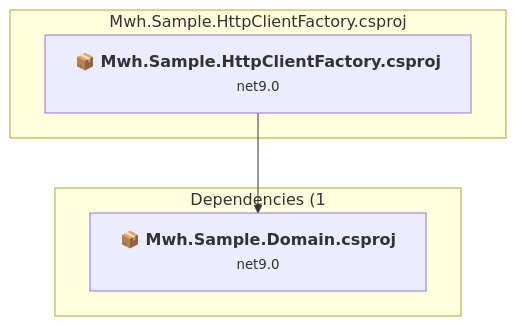
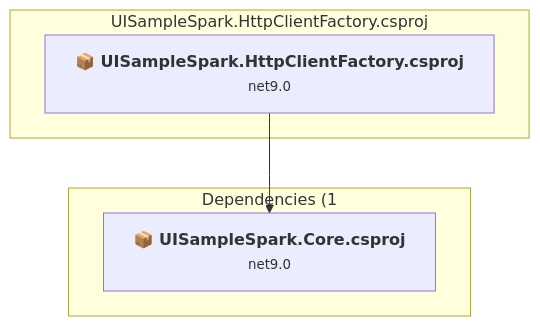
One commit to markhazleton/SampleMvcCRUD changed the fifth of 8 diagrams in .documentation/copilot/archive/upgrades/assessment.md. Above: the diagram before and after it, drawn with Mermaid. The commit also changed other lines of this file and 393 other files, not shown here.

First line of the commit message:
feat: Rebrand to UISampleSpark with modernized project structure

````diff
--- a/.documentation/copilot/archive/upgrades/assessment.md
+++ b/.documentation/copilot/archive/upgrades/assessment.md
@@ -213,13 +213,13 @@
 ```mermaid
 flowchart TB
-    subgraph current["Mwh.Sample.HttpClientFactory.csproj"]
-        MAIN["<b>📦&nbsp;Mwh.Sample.HttpClientFactory.csproj</b><br/><small>net9.0</small>"]
-        click MAIN "#mwhsamplehttpclientfactorymwhsamplehttpclientfactorycsproj"
+    subgraph current["UISampleSpark.HttpClientFactory.csproj"]
+        MAIN["<b>📦&nbsp;UISampleSpark.HttpClientFactory.csproj</b><br/><small>net9.0</small>"]
+        click MAIN "#uisamplesparkhttpclientfactorycsproj"
     end
     subgraph downstream["Dependencies (1"]
-        P2["<b>📦&nbsp;Mwh.Sample.Domain.csproj</b><br/><small>net9.0</small>"]
-        click P2 "#mwhsampledomainmwhsampledomaincsproj"
+        P2["<b>📦&nbsp;UISampleSpark.Core.csproj</b><br/><small>net9.0</small>"]
+        click P2 "#uisamplesparkcorecsproj"
     end
     MAIN --> P2
 
 ```
````
